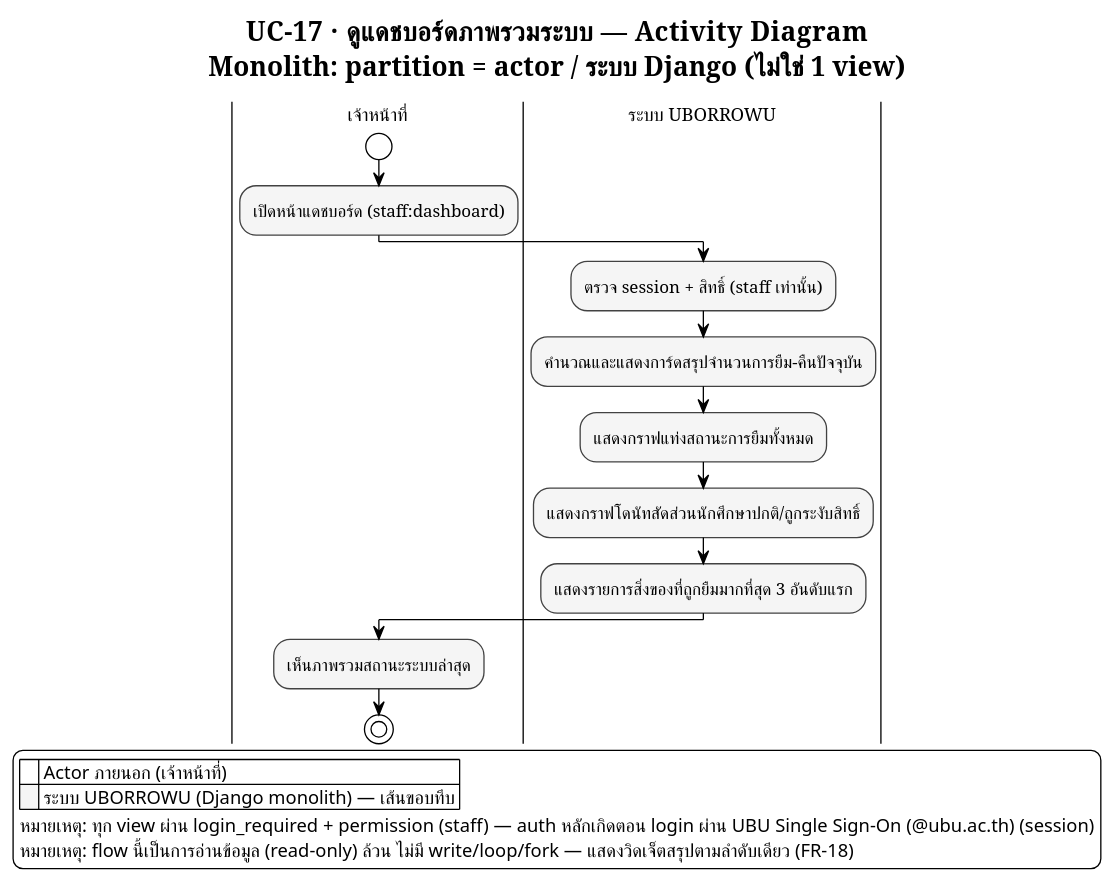
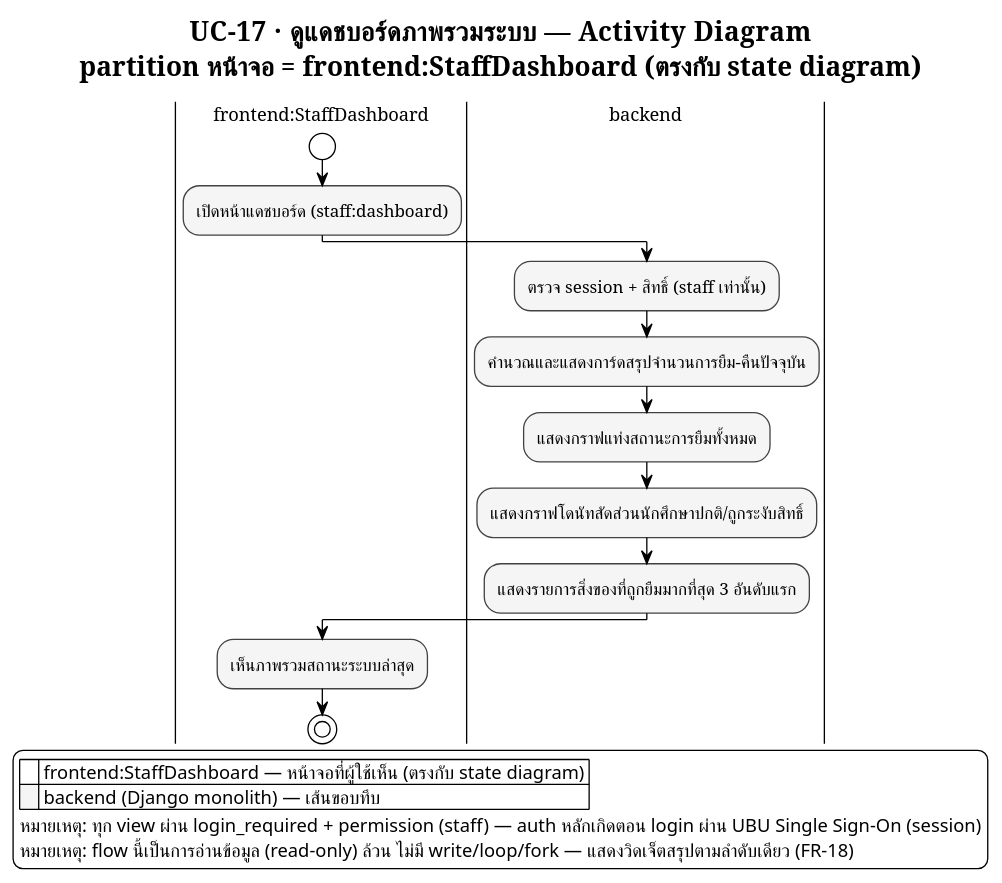
One commit to patlnwza-007/project-2569 changed the diagram in proposal/usecase/activity_module6_uc17.puml. Above: the diagram before and after it, drawn with PlantUML. The commit also changed 46 other files, not shown here.

First line of the commit message:
Rework UI state/activity diagrams onto frontend:PageCode/backend convention

```diff
--- a/proposal/usecase/activity_module6_uc17.puml
+++ b/proposal/usecase/activity_module6_uc17.puml
@@ -1,68 +1,66 @@
 @startuml activity_module6_uc17
 ' ══════════════════════════════════════════════════════════════════
 ' รองรับภาษาไทย — อ่านก่อน render:
 ' 1. บันทึกไฟล์นี้เป็น UTF-8 (ไม่ต้องมี BOM) เสมอ
 ' 2. ถ้า render ผ่าน CLI (plantuml.jar) ต้องระบุ flag encoding ด้วย:
 '      java -Dfile.encoding=UTF-8 -jar plantuml.jar -charset UTF-8 activity_staff_uc17_dashboard.puml
 ' 3. บังคับใช้ Smetana (pure-Java layout engine) แทน Graphviz/dot
 '    เพราะ Graphviz บางระบบ (โดยเฉพาะ Windows) อ่าน UTF-8 ไม่ตรง ทำให้ตัวอักษรไทยเพี้ยน/หาย
 !pragma layout smetana
 ' 4. ฟอนต์ที่มีสระ/วรรณยุกต์ไทยครบและ render ผ่าน Java ได้เสถียร
 '    - Windows: "TH Sarabun New" (ฟอนต์มาตรฐานราชการ) หรือ "Tahoma" (มากับเครื่องอยู่แล้ว)
 '    - Linux / PlantUML online server: เปลี่ยนเป็น "Noto Sans Thai" หรือ "Loma"
 skinparam defaultFontName "TH Sarabun New"
 skinparam defaultFontSize 14
 ' ══════════════════════════════════════════════════════════════════
 
 !theme plain
 skinparam titleFontName "TH Sarabun New"
 skinparam titleFontSize 20
 skinparam noteFontName "TH Sarabun New"
 skinparam ArrowFontName "TH Sarabun New"
 skinparam ArrowFontSize 12
 skinparam swimlaneTitleFontName "TH Sarabun New"
 skinparam swimlaneTitleFontSize 14
 
 ' ===== Monochrome เท่านั้น — ห้ามให้แต่ละ partition มีสีต่างกัน =====
 skinparam activity {
   BackgroundColor #F5F5F5
   BorderColor #424242
   FontName "TH Sarabun New"
   FontSize 13
   DiamondBackgroundColor #FAFAFA
   DiamondBorderColor #616161
 }
 skinparam partition {
   BackgroundColor #FAFAFA
   BorderColor #424242
 }
 
-title UC-17 · ดูแดชบอร์ดภาพรวมระบบ — Activity Diagram\nMonolith: partition = actor / ระบบ Django (ไม่ใช่ 1 view)
+title UC-17 · ดูแดชบอร์ดภาพรวมระบบ — Activity Diagram\npartition หน้าจอ = frontend:StaffDashboard (ตรงกับ state diagram)
 
-' ===== Actor ภายนอก (human) ที่ริเริ่มกระบวนการ =====
-' หมายเหตุ: สมมติว่าเจ้าหน้าที่ login แล้ว (session ผ่าน allauth) — ไม่ต้องวาด OAuth ซ้ำใน flow ทั่วไป
-|เจ้าหน้าที่|
+|frontend:StaffDashboard|
 start
+' สมมติว่าเจ้าหน้าที่ login แล้ว (session) — ไม่ต้องวาด OAuth/SSO ซ้ำใน flow ทั่วไป
 :เปิดหน้าแดชบอร์ด (staff:dashboard);
 
-' ===== ระบบ Django ประมวลผล (view + model + logic) =====
-|ระบบ UBORROWU|
+|backend|
 :ตรวจ session + สิทธิ์ (staff เท่านั้น);
 :คำนวณและแสดงการ์ดสรุปจำนวนการยืม-คืนปัจจุบัน;
 :แสดงกราฟแท่งสถานะการยืมทั้งหมด;
 :แสดงกราฟโดนัทสัดส่วนนักศึกษาปกติ/ถูกระงับสิทธิ์;
 :แสดงรายการสิ่งของที่ถูกยืมมากที่สุด 3 อันดับแรก;
 
-|เจ้าหน้าที่|
+|frontend:StaffDashboard|
 :เห็นภาพรวมสถานะระบบล่าสุด;
 
 stop
 
 legend right
-  |<back:white>    </back>| Actor ภายนอก (เจ้าหน้าที่) |
-  |<back:#F5F5F5>    </back>| ระบบ UBORROWU (Django monolith) — เส้นขอบทึบ |
-  หมายเหตุ: ทุก view ผ่าน login_required + permission (staff) — auth หลักเกิดตอน login ผ่าน UBU Single Sign-On (@ubu.ac.th) (session)
+  |<back:white>    </back>| frontend:StaffDashboard — หน้าจอที่ผู้ใช้เห็น (ตรงกับ state diagram) |
+  |<back:#F5F5F5>    </back>| backend (Django monolith) — เส้นขอบทึบ |
+  หมายเหตุ: ทุก view ผ่าน login_required + permission (staff) — auth หลักเกิดตอน login ผ่าน UBU Single Sign-On (session)
   หมายเหตุ: flow นี้เป็นการอ่านข้อมูล (read-only) ล้วน ไม่มี write/loop/fork — แสดงวิดเจ็ตสรุปตามลำดับเดียว (FR-18)
 endlegend
 
 @enduml
```
